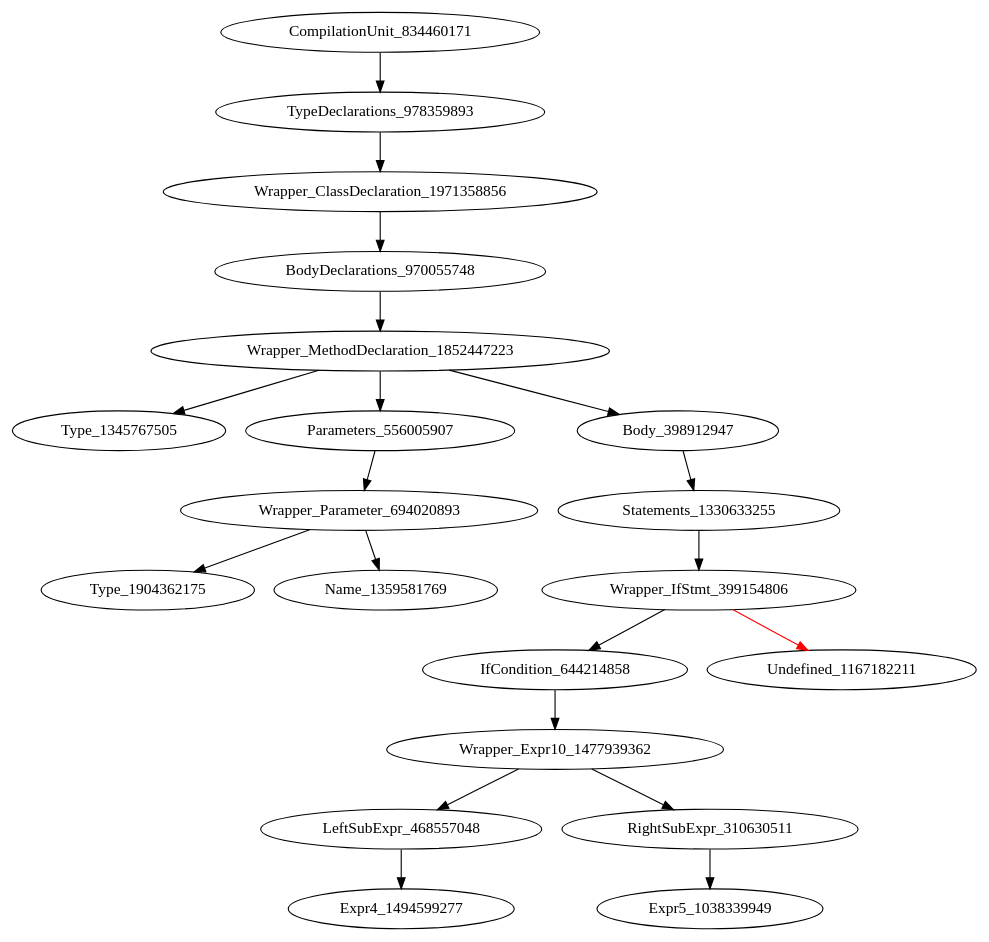
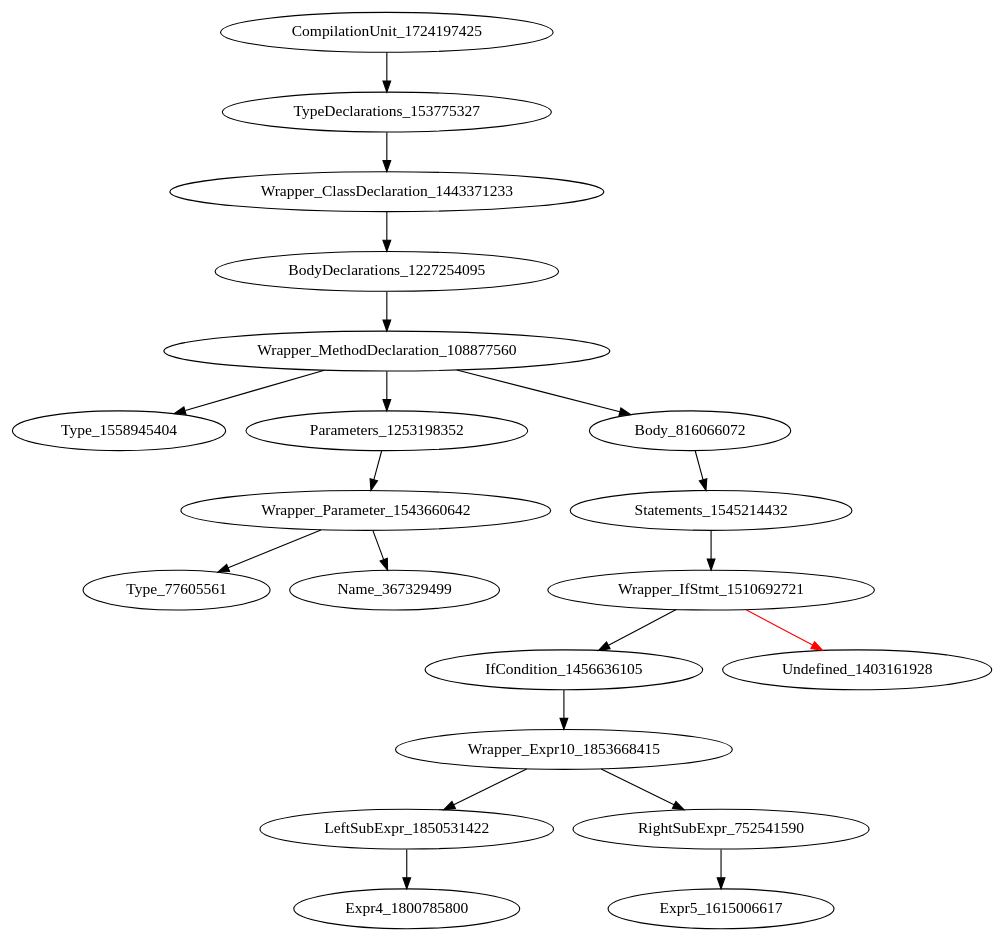
One commit to icse2023material/VoiceJava changed the diagram in holeAST.dot. Above: the diagram before and after it, drawn with Graphviz. The commit also changed 10 other files, not shown here.

Commit message:
[add] type pattern 增加: Name<?>和Name<>两种情况

```diff
--- a/holeAST.dot
+++ b/holeAST.dot
@@ -1,21 +1,21 @@
 digraph {
-CompilationUnit_834460171 -> TypeDeclarations_978359893
-TypeDeclarations_978359893 -> Wrapper_ClassDeclaration_1971358856
-Wrapper_ClassDeclaration_1971358856 -> BodyDeclarations_970055748
-BodyDeclarations_970055748 -> Wrapper_MethodDeclaration_1852447223
-Wrapper_MethodDeclaration_1852447223 -> Type_1345767505
-Wrapper_MethodDeclaration_1852447223 -> Parameters_556005907
-Wrapper_MethodDeclaration_1852447223 -> Body_398912947
-Parameters_556005907 -> Wrapper_Parameter_694020893
-Body_398912947 -> Statements_1330633255
-Wrapper_Parameter_694020893 -> Type_1904362175
-Wrapper_Parameter_694020893 -> Name_1359581769
-Statements_1330633255 -> Wrapper_IfStmt_399154806
-Wrapper_IfStmt_399154806 -> IfCondition_644214858
-Wrapper_IfStmt_399154806 -> Undefined_1167182211 [color = red] 
-IfCondition_644214858 -> Wrapper_Expr10_1477939362
-Wrapper_Expr10_1477939362 -> LeftSubExpr_468557048
-Wrapper_Expr10_1477939362 -> RightSubExpr_310630511
-LeftSubExpr_468557048 -> Expr4_1494599277
-RightSubExpr_310630511 -> Expr5_1038339949
+CompilationUnit_1724197425 -> TypeDeclarations_153775327
+TypeDeclarations_153775327 -> Wrapper_ClassDeclaration_1443371233
+Wrapper_ClassDeclaration_1443371233 -> BodyDeclarations_1227254095
+BodyDeclarations_1227254095 -> Wrapper_MethodDeclaration_108877560
+Wrapper_MethodDeclaration_108877560 -> Type_1558945404
+Wrapper_MethodDeclaration_108877560 -> Parameters_1253198352
+Wrapper_MethodDeclaration_108877560 -> Body_816066072
+Parameters_1253198352 -> Wrapper_Parameter_1543660642
+Body_816066072 -> Statements_1545214432
+Wrapper_Parameter_1543660642 -> Type_77605561
+Wrapper_Parameter_1543660642 -> Name_367329499
+Statements_1545214432 -> Wrapper_IfStmt_1510692721
+Wrapper_IfStmt_1510692721 -> IfCondition_1456636105
+Wrapper_IfStmt_1510692721 -> Undefined_1403161928 [color = red] 
+IfCondition_1456636105 -> Wrapper_Expr10_1853668415
+Wrapper_Expr10_1853668415 -> LeftSubExpr_1850531422
+Wrapper_Expr10_1853668415 -> RightSubExpr_752541590
+LeftSubExpr_1850531422 -> Expr4_1800785800
+RightSubExpr_752541590 -> Expr5_1615006617
 }
```
